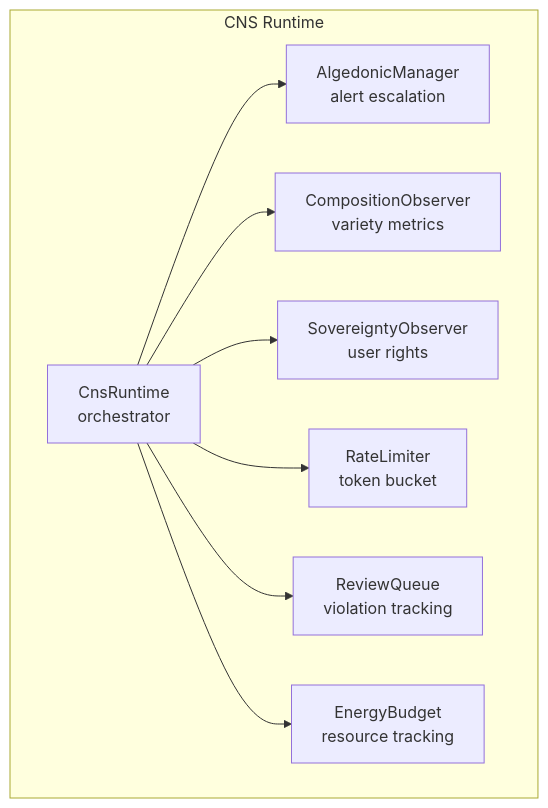
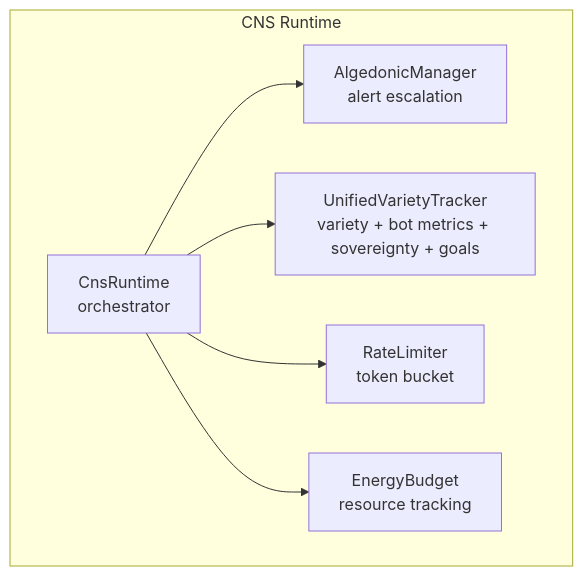
The first of 2 diagrams in docs/architecture/trust-security-observability.md (mdz-axo/hKask), drawn with Mermaid before and after one commit. The commit also changed other lines of this file and 5 other files, not shown here.

````diff
--- a/docs/architecture/trust-security-observability.md
+++ b/docs/architecture/trust-security-observability.md
@@ -220,19 +220,15 @@
 ```mermaid
 graph TB
     subgraph CNS["CNS Runtime"]
         RT["CnsRuntime<br/>orchestrator"]
         ALG["AlgedonicManager<br/>alert escalation"]
-        COMP["CompositionObserver<br/>variety metrics"]
-        SOV["SovereigntyObserver<br/>user rights"]
+        UVT["UnifiedVarietyTracker<br/>variety + bot metrics + sovereignty + goals"]
         RL["RateLimiter<br/>token bucket"]
-        RQ["ReviewQueue<br/>violation tracking"]
         EN["EnergyBudget<br/>resource tracking"]
     end
 
     RT --> ALG
-    RT --> COMP
-    RT --> SOV
+    RT --> UVT
     RT --> RL
-    RT --> RQ
     RT --> EN
 ```
````
